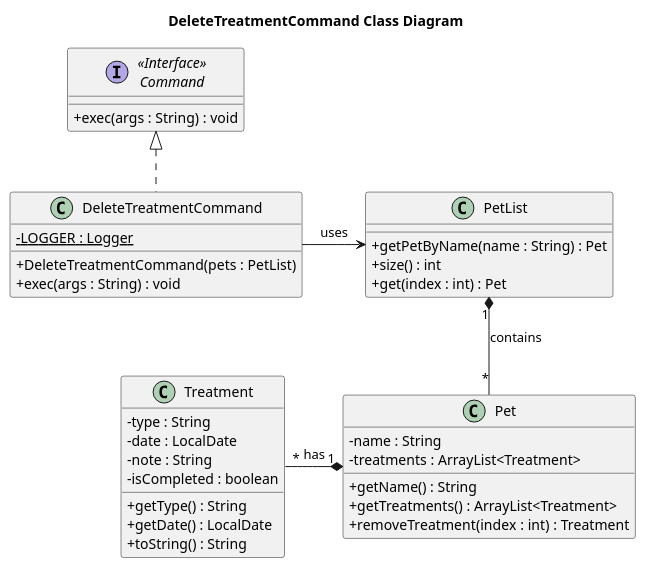
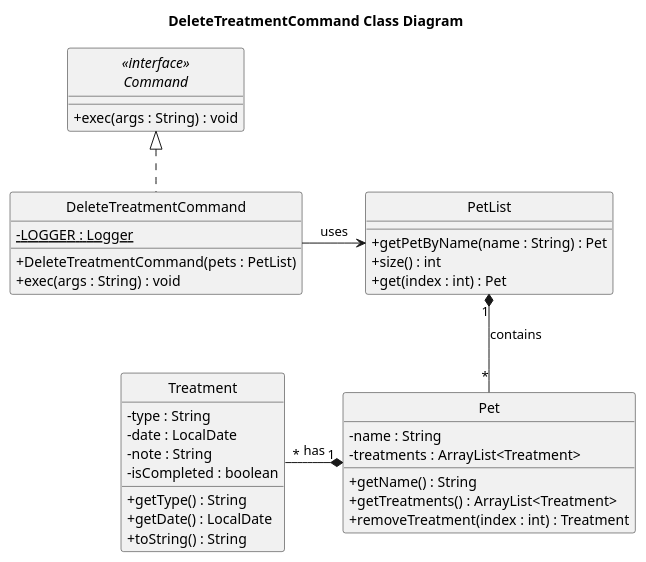
One commit to Kevin88866/tp changed the diagram in docs/uml/DeleteTreatmentCommandClass.puml. Above: the diagram before and after it, drawn with PlantUML. The commit also changed 3 other files, not shown here.

Commit message:
Update Class Diagrams in DG

```diff
--- a/docs/uml/DeleteTreatmentCommandClass.puml
+++ b/docs/uml/DeleteTreatmentCommandClass.puml
@@ -1,44 +1,45 @@
 @startuml
 skinparam classAttributeIconSize 0
+hide circle
 title DeleteTreatmentCommand Class Diagram
 
 class DeleteTreatmentCommand {
     - {static} LOGGER : Logger
     + DeleteTreatmentCommand(pets : PetList)
     + exec(args : String) : void
 }
 
-interface "<<Interface>>\nCommand" as Command {
+interface "<<interface>>\nCommand" as Command {
     + exec(args : String) : void
 }
 
 class PetList {
     + getPetByName(name : String) : Pet
     + size() : int
     + get(index : int) : Pet
 }
 
 class Pet {
     - name : String
     - treatments : ArrayList<Treatment>
     + getName() : String
     + getTreatments() : ArrayList<Treatment>
     + removeTreatment(index : int) : Treatment
 }
 
 class Treatment {
     - type : String
     - date : LocalDate
     - note : String
     - isCompleted : boolean
     + getType() : String
     + getDate() : LocalDate
     + toString() : String
 }
 
 Command <|.. DeleteTreatmentCommand
 DeleteTreatmentCommand -right-> PetList : uses
 PetList "1" *-- "*" Pet : contains
 Pet "1" *-left- "*" Treatment : has
 
 @enduml
```
